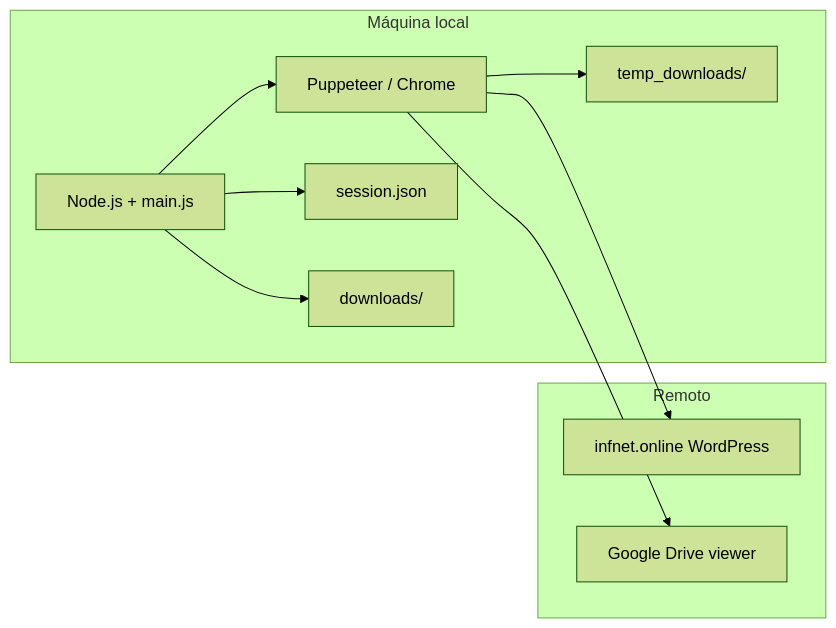
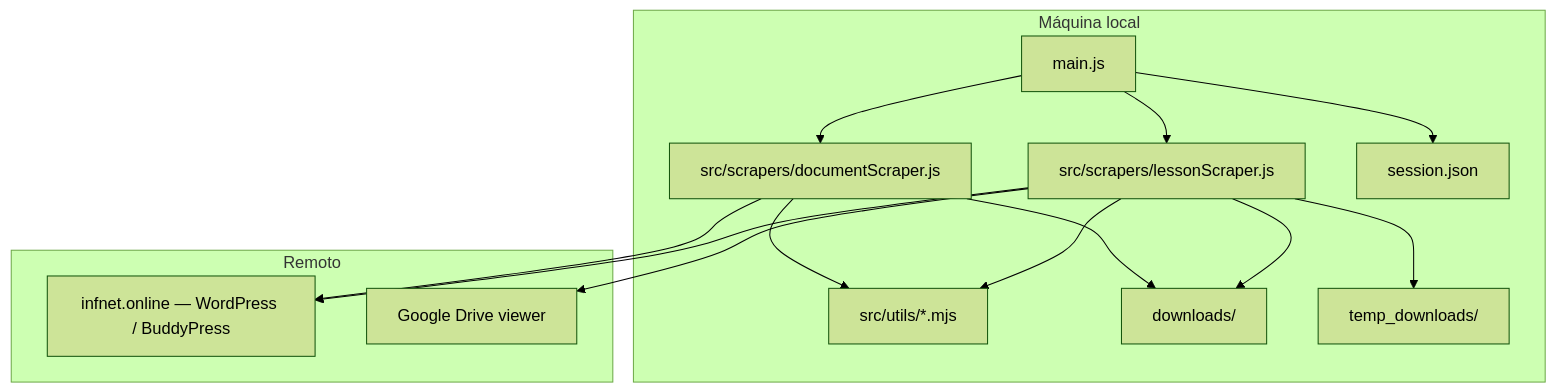
The diagram in README.md (GaabDevWeb/STRIPPERscrapper), drawn with Mermaid (forest theme) before and after one commit. The commit also changed other lines of this file, not shown here.

Commit message:
Revise README.md to provide a comprehensive project overview, including detailed descriptions of functionality, usage instructions, and system architecture. Update sections on purpose, capabilities, and commands, while enhancing clarity and organization for users.

````diff
--- a/README.md
+++ b/README.md
@@ -63,20 +162,27 @@
 ```mermaid
-graph LR
+graph TB
   subgraph Local["Máquina local"]
-    Node["Node.js + main.js"]
-    Puppeteer["Puppeteer / Chrome"]
+    Main["main.js"]
+    LS["src/scrapers/lessonScraper.js"]
+    DS["src/scrapers/documentScraper.js"]
+    U["src/utils/*.mjs"]
     Sess["session.json"]
     DL["downloads/"]
     TMP["temp_downloads/"]
   end
   subgraph Remote["Remoto"]
-    WP["infnet.online WordPress"]
+    WP["infnet.online — WordPress / BuddyPress"]
     DRV["Google Drive viewer"]
   end
-  Node --> Puppeteer
-  Puppeteer --> WP
-  Puppeteer --> DRV
-  Node --> Sess
-  Puppeteer --> TMP
-  Node --> DL
+  Main --> LS
+  Main --> DS
+  LS --> U
+  DS --> U
+  Main --> Sess
+  LS --> TMP
+  LS --> DL
+  DS --> DL
+  LS --> WP
+  LS --> DRV
+  DS --> WP
 ```
````
